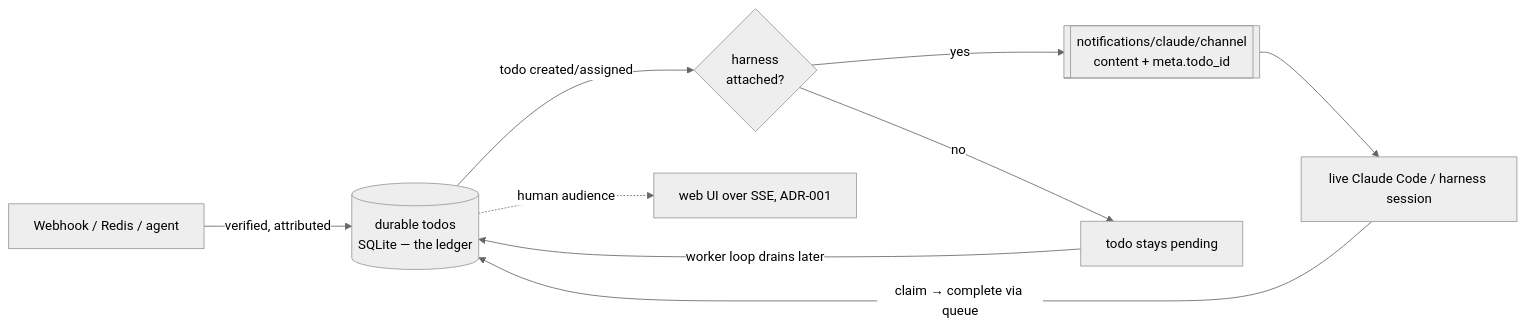
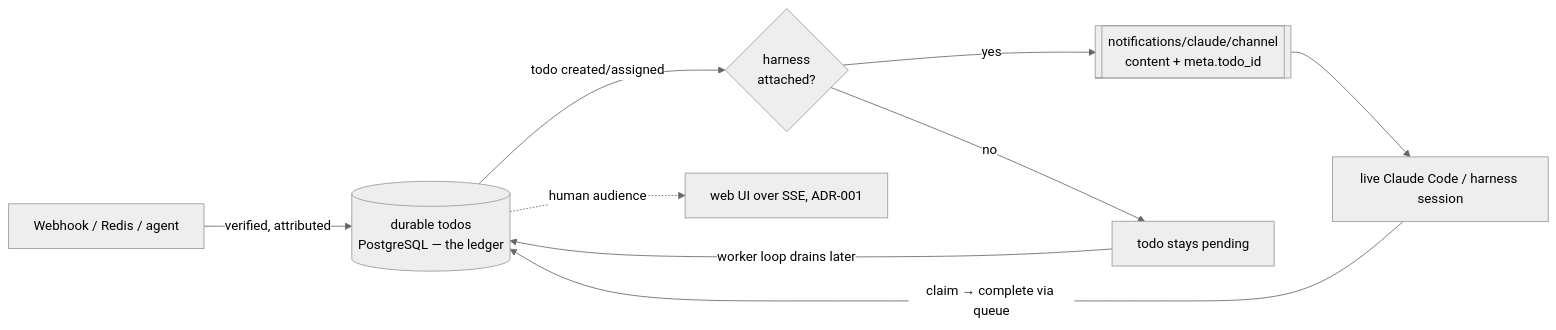
The diagram in docs/adr/ADR-013-channels-push-delivery.md (stump-wtf/switchboard), drawn with Mermaid (neutral theme) before and after one commit. The commit also changed 14 other files, not shown here.

First line of the commit message:
docs: convert all SQLite references to PostgreSQL; drop legacy webhook-mcp/MVP framing

````diff
--- a/docs/adr/ADR-013-channels-push-delivery.md
+++ b/docs/adr/ADR-013-channels-push-delivery.md
@@ -85,11 +85,11 @@
 ```mermaid
 flowchart LR
-  wh[Webhook / Redis / agent] -->|verified, attributed| q[(durable todos<br/>SQLite — the ledger)]
+  wh[Webhook / Redis / agent] -->|verified, attributed| q[(durable todos<br/>PostgreSQL — the ledger)]
   q -->|todo created/assigned| notify{harness<br/>attached?}
   notify -- yes --> ch[[notifications/claude/channel<br/>content + meta.todo_id]]
   ch --> sess[live Claude Code / harness session]
   sess -->|claim → complete via queue| q
   notify -- no --> wait[todo stays pending]
   wait -->|worker loop drains later| q
   q -. human audience .-> sse[web UI over SSE, ADR-001]
 ```
````
